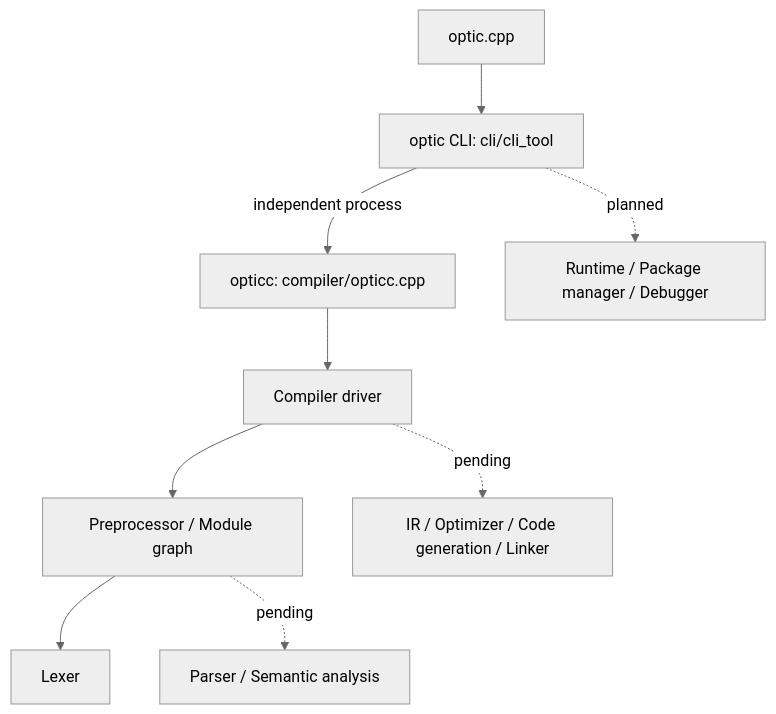
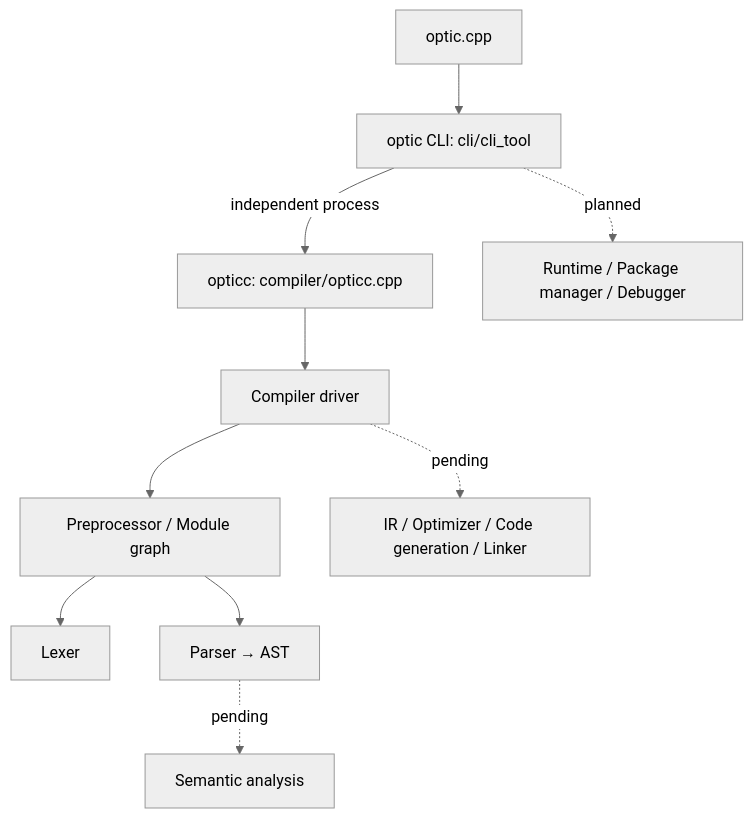
The diagram in README.md (levtcode/optic-language), drawn with Mermaid (neutral theme) before and after one commit. The commit also changed other lines of this file and 26 other files, not shown here.

Commit message:
Implement compiler AST parser with brace and indentation blocks

````diff
--- a/README.md
+++ b/README.md
@@ -106,11 +106,12 @@
 ```mermaid
 flowchart TD
     A["optic.cpp"] --> B["optic CLI: cli/cli_tool"]
     B -->|independent process| C["opticc: compiler/opticc.cpp"]
     C --> D["Compiler driver"]
     D --> F["Preprocessor / Module graph"]
     F --> E["Lexer"]
-    F -. pending .-> I["Parser / Semantic analysis"]
+    F --> I["Parser → AST"]
+    I -. pending .-> J["Semantic analysis"]
     D -. pending .-> G["IR / Optimizer / Code generation / Linker"]
     B -. planned .-> H["Runtime / Package manager / Debugger"]
 ```
````
